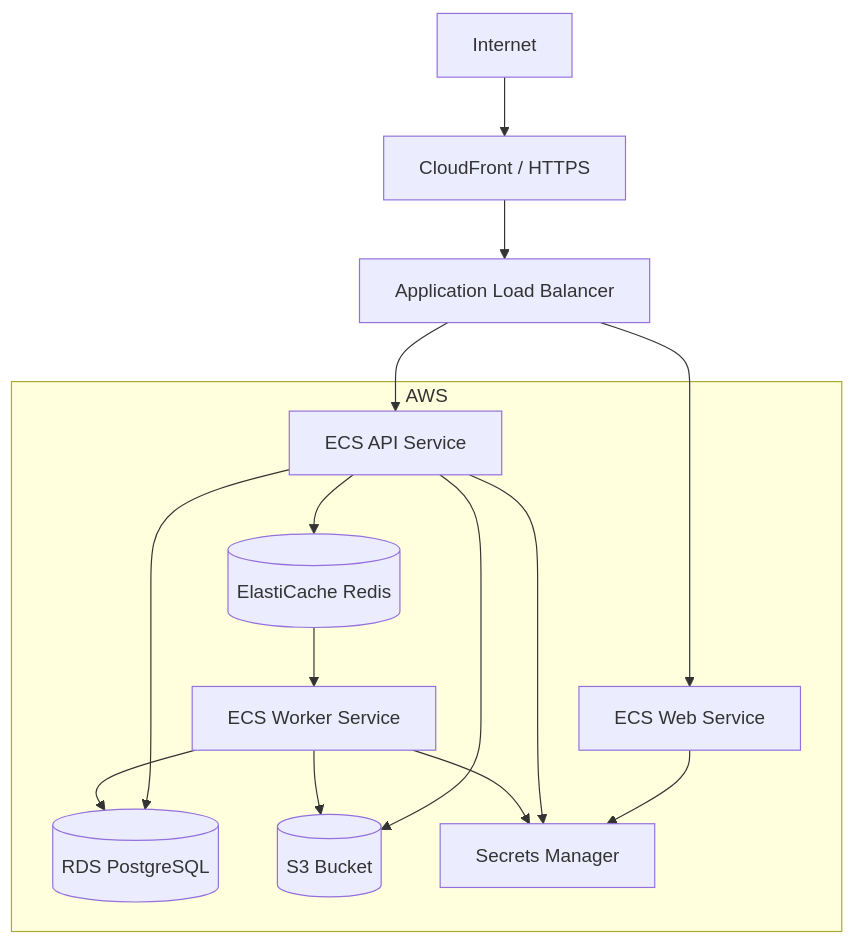
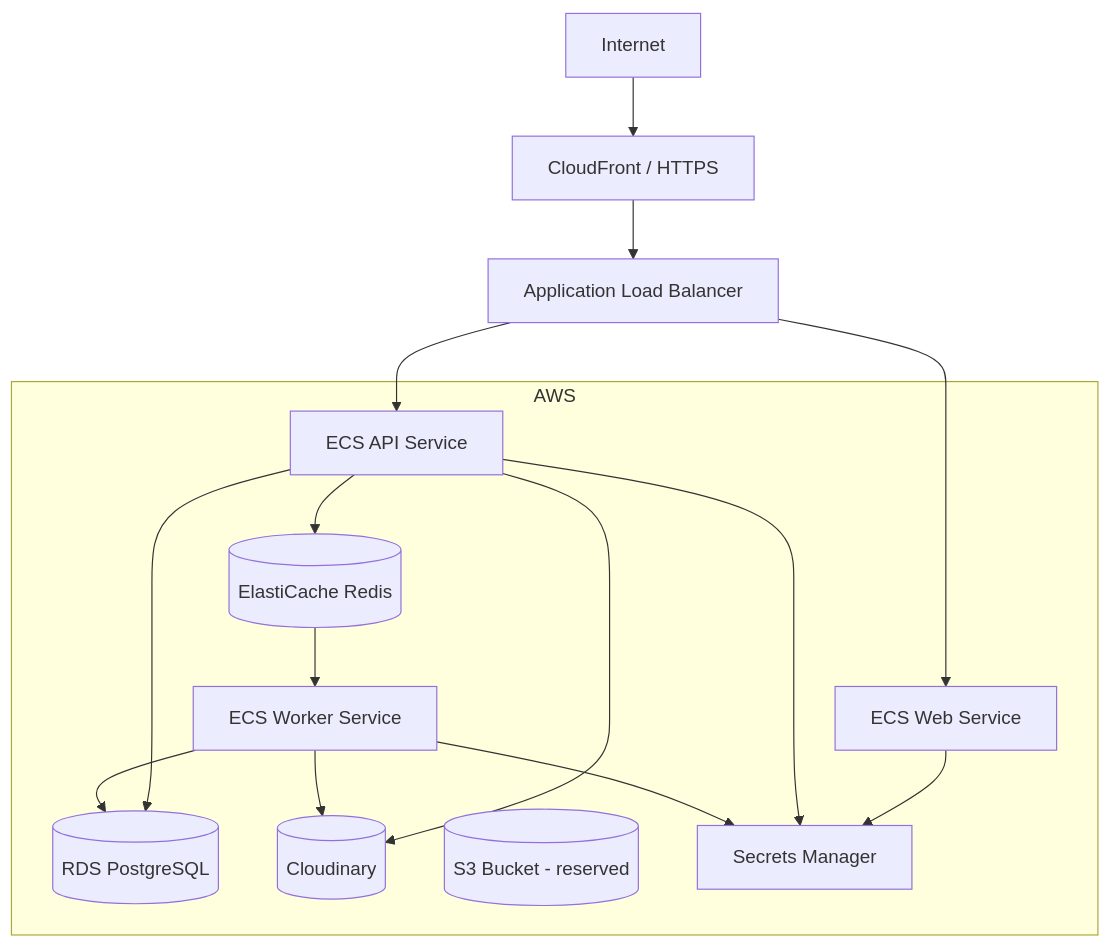
One commit to amirfaisalz/docuflow changed the fourth of 4 diagrams in README.md. Above: the diagram before and after it, drawn with Mermaid. The commit also changed other lines of this file and 20 other files, not shown here.

First line of the commit message:
fix: harden document, worker, and webhook flows after full review

````diff
--- a/README.md
+++ b/README.md
@@ -1193,33 +1193,34 @@
 ```mermaid
 flowchart TB
     Internet[Internet]
     CDN[CloudFront / HTTPS]
     LB[Application Load Balancer]
 
     subgraph AWS
         Web[ECS Web Service]
         API[ECS API Service]
         Worker[ECS Worker Service]
         DB[(RDS PostgreSQL)]
         Redis[(ElastiCache Redis)]
-        S3[(S3 Bucket)]
+        Cloudinary[(Cloudinary)]
+        S3[(S3 Bucket - reserved)]
         Secrets[Secrets Manager]
     end
 
     Internet --> CDN
     CDN --> LB
     LB --> Web
     LB --> API
 
     API --> DB
     API --> Redis
-    API --> S3
+    API --> Cloudinary
 
     Redis --> Worker
     Worker --> DB
-    Worker --> S3
+    Worker --> Cloudinary
 
     Web --> Secrets
     API --> Secrets
     Worker --> Secrets
 ```
````
